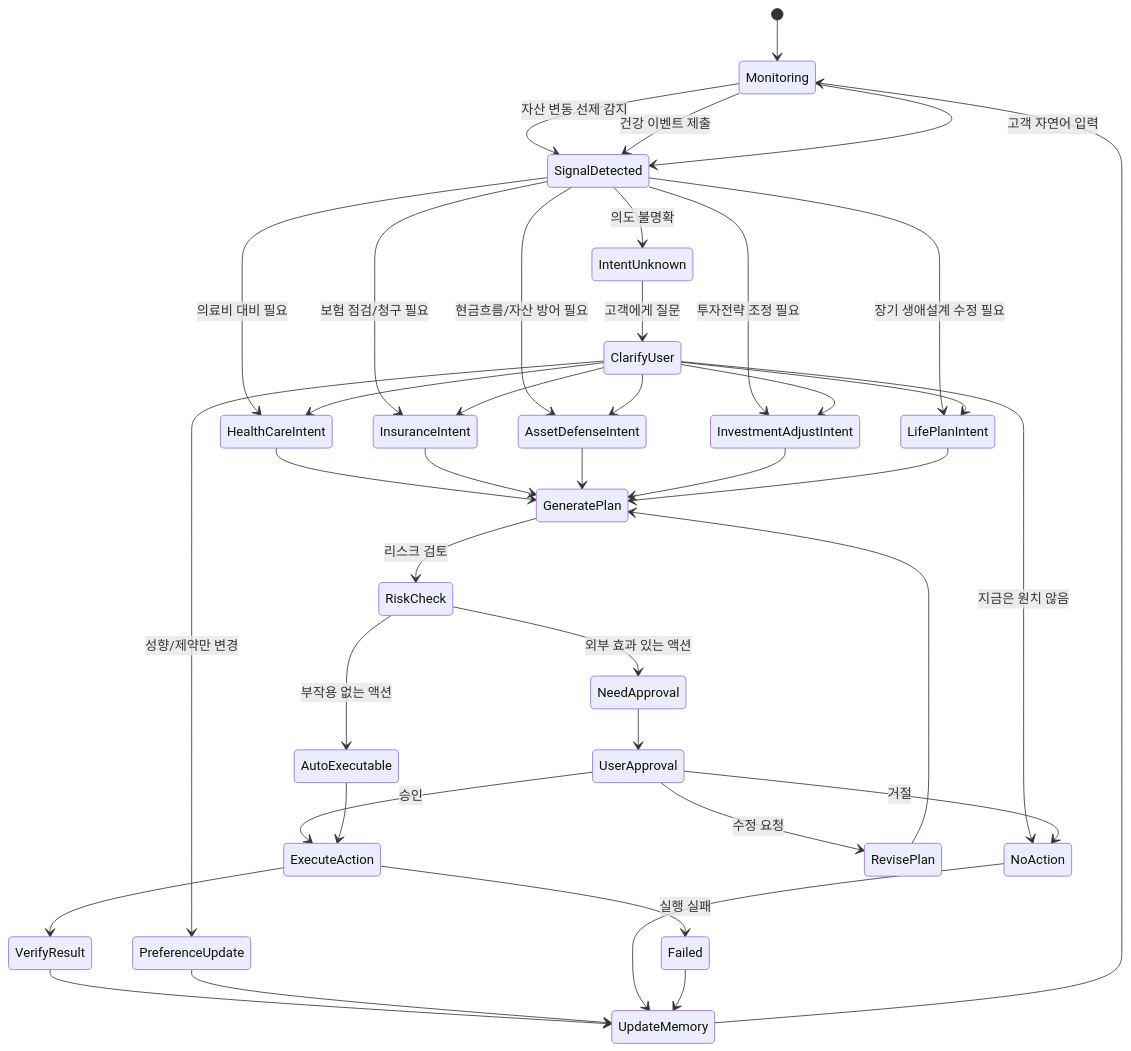
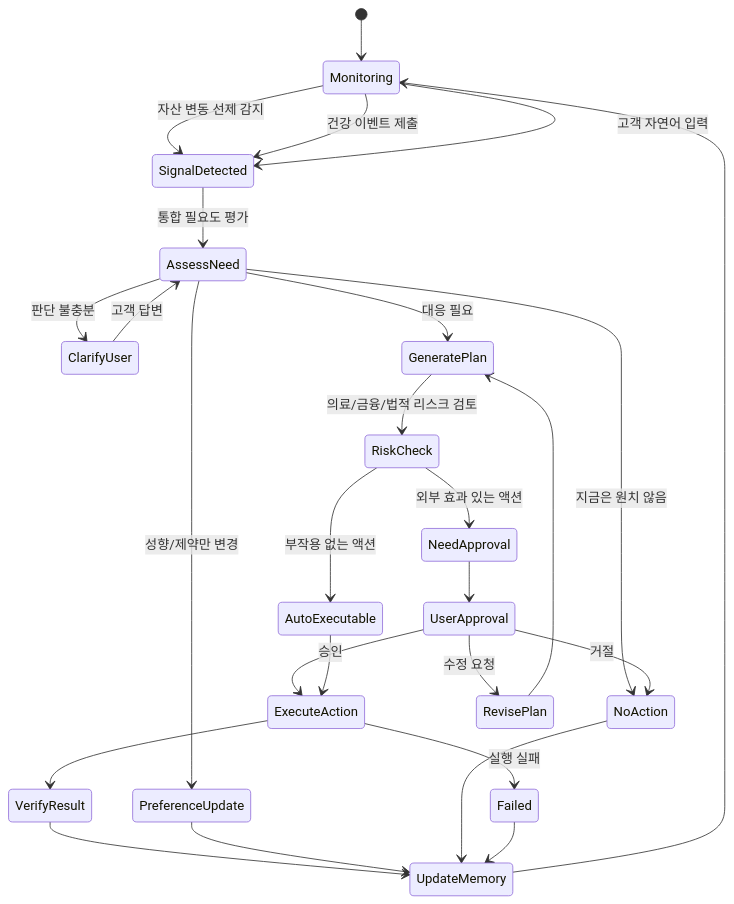
One commit to YoonMin02/JB-WM-backend changed the diagram in docs/03_STATE_MACHINE.md. Above: the diagram before and after it, drawn with Mermaid. The commit also changed other lines of this file and 39 other files, not shown here.

Commit message:
refactor: replace intent routing with need assessment

````diff
--- a/docs/03_STATE_MACHINE.md
+++ b/docs/03_STATE_MACHINE.md
@@ -23,51 +24,37 @@
 ```mermaid
 stateDiagram-v2
     [*] --> Monitoring
 
     Monitoring --> SignalDetected: 자산 변동 선제 감지
     Monitoring --> SignalDetected: 건강 이벤트 제출
     Monitoring --> SignalDetected: 고객 자연어 입력
 
-    SignalDetected --> IntentUnknown: 의도 불명확
-    SignalDetected --> HealthCareIntent: 의료비 대비 필요
-    SignalDetected --> InsuranceIntent: 보험 점검/청구 필요
-    SignalDetected --> AssetDefenseIntent: 현금흐름/자산 방어 필요
-    SignalDetected --> InvestmentAdjustIntent: 투자전략 조정 필요
-    SignalDetected --> LifePlanIntent: 장기 생애설계 수정 필요
+    SignalDetected --> AssessNeed: 통합 필요도 평가
 
-    IntentUnknown --> ClarifyUser: 고객에게 질문
-    ClarifyUser --> HealthCareIntent
-    ClarifyUser --> InsuranceIntent
-    ClarifyUser --> AssetDefenseIntent
-    ClarifyUser --> InvestmentAdjustIntent
-    ClarifyUser --> LifePlanIntent
-    ClarifyUser --> PreferenceUpdate: 성향/제약만 변경
-    ClarifyUser --> NoAction: 지금은 원치 않음
+    AssessNeed --> ClarifyUser: 판단 불충분
+    ClarifyUser --> AssessNeed: 고객 답변
+    AssessNeed --> PreferenceUpdate: 성향/제약만 변경
+    AssessNeed --> NoAction: 지금은 원치 않음
+    AssessNeed --> GeneratePlan: 대응 필요
 
-    HealthCareIntent --> GeneratePlan
-    InsuranceIntent --> GeneratePlan
-    AssetDefenseIntent --> GeneratePlan
-    InvestmentAdjustIntent --> GeneratePlan
-    LifePlanIntent --> GeneratePlan
-
-    GeneratePlan --> RiskCheck: 리스크 검토
+    GeneratePlan --> RiskCheck: 의료/금융/법적 리스크 검토
     RiskCheck --> AutoExecutable: 부작용 없는 액션
     RiskCheck --> NeedApproval: 외부 효과 있는 액션
 
     NeedApproval --> UserApproval
     UserApproval --> ExecuteAction: 승인
     UserApproval --> RevisePlan: 수정 요청
     UserApproval --> NoAction: 거절
     RevisePlan --> GeneratePlan
 
     AutoExecutable --> ExecuteAction
 
     ExecuteAction --> VerifyResult
     VerifyResult --> UpdateMemory
     PreferenceUpdate --> UpdateMemory
     NoAction --> UpdateMemory
     UpdateMemory --> Monitoring
 
     ExecuteAction --> Failed: 실행 실패
     Failed --> UpdateMemory
 ```
````
